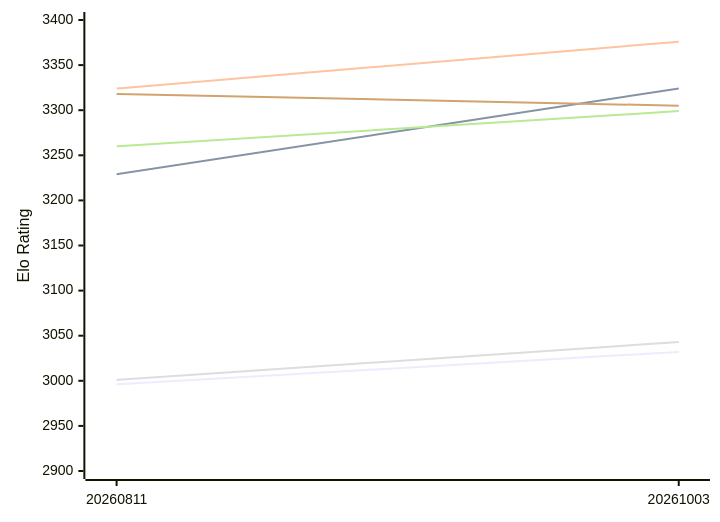
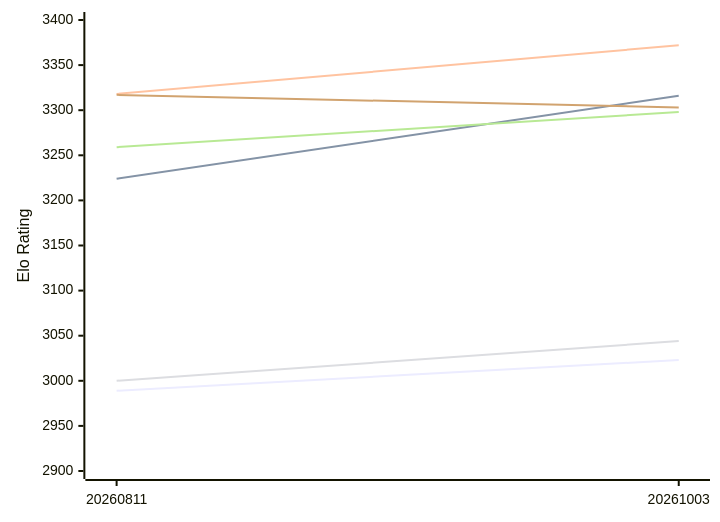
Before and after one commit to computer-chess-index/cci: the first of 2 diagrams in engines/Askaig.md, drawn with Mermaid. The commit also changed other lines of this file, not shown here.

Commit message:
Update CCI Ratings (ELO VLTC) - 2026-11-26

````diff
--- a/engines/Askaig.md
+++ b/engines/Askaig.md
@@ -52,12 +52,12 @@
 ```mermaid
 %%{init: {"theme":"base","themeVariables":{"seriesColors:['#a3a3a3','#222221','#faa371']}}}%%
 xychart-beta
   x-axis ["20260811", "20261003"]
   y-axis "Elo Rating" 2900 --> 3400
-  line "E1: STC (8.0+0.08s)" [2996, 3032]
-  line "E1: LTC (60.0+0.60s)" [3229, 3324]
-  line "E1: VLTC (2m24s+1.12s)" [3324, 3376]
-  line "P1: STC (8.0+0.08s)" [3001, 3043]
-  line "P1: LTC (60.0+0.60s)" [3260, 3299]
-  line "P1: VLTC (2m24s+1.12s)" [3318, 3305]
+  line "E1: STC (8.0+0.08s)" [2989, 3023]
+  line "E1: LTC (60.0+0.60s)" [3224, 3316]
+  line "E1: VLTC (2m24s+1.12s)" [3318, 3372]
+  line "P1: STC (8.0+0.08s)" [3000, 3044]
+  line "P1: LTC (60.0+0.60s)" [3259, 3298]
+  line "P1: VLTC (2m24s+1.12s)" [3317, 3303]
 ```
````
